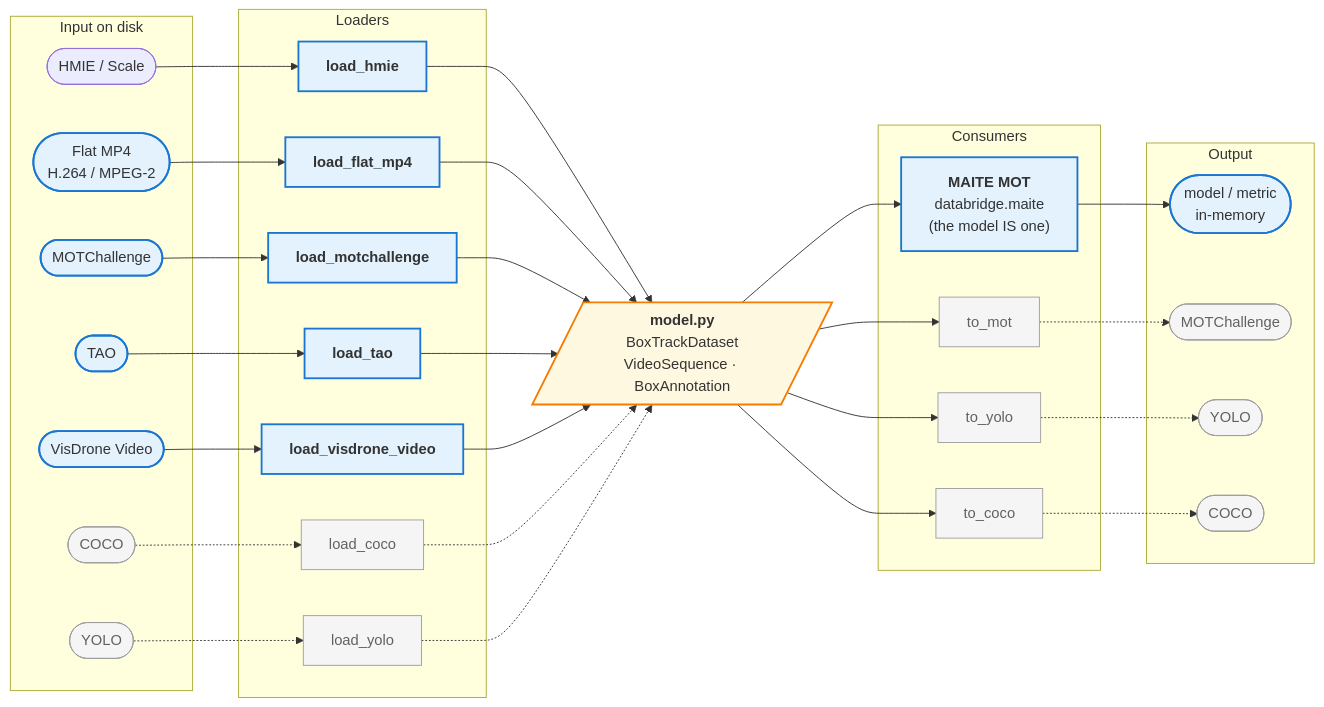
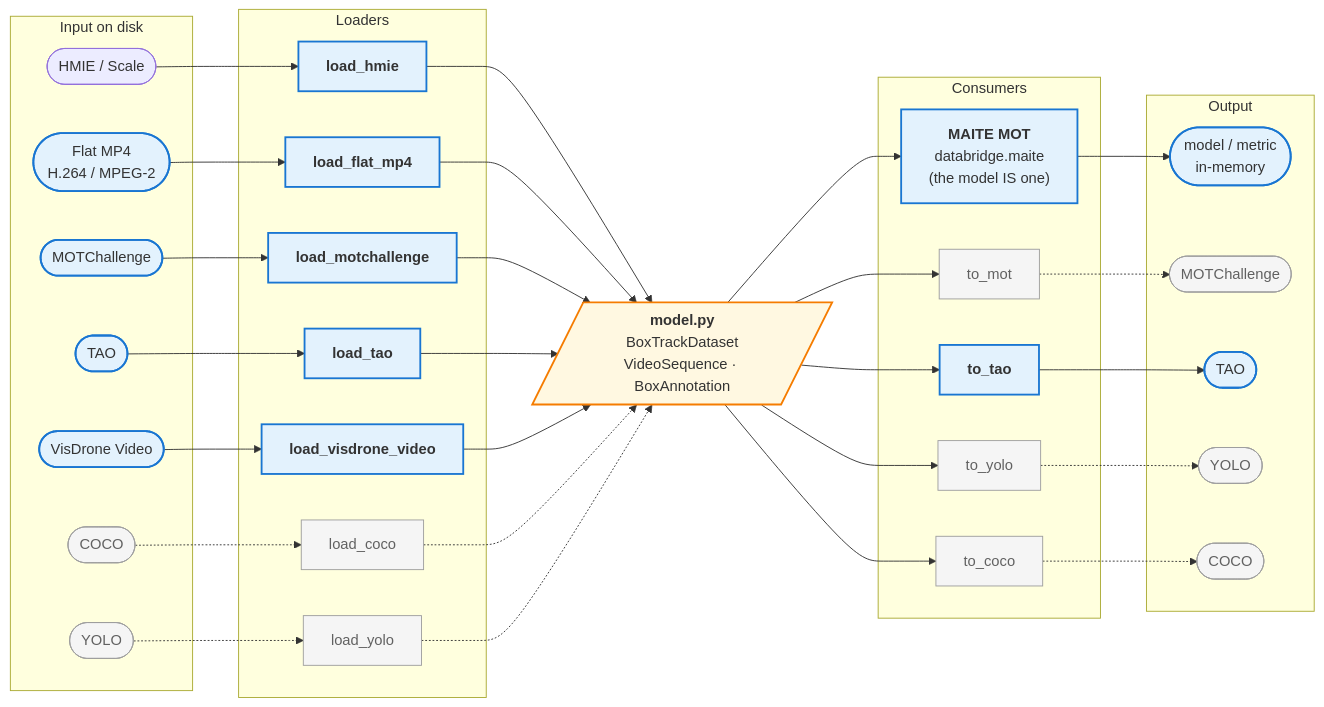
One commit to openteams-ai/datamaite changed the first of 9 diagrams in docs/architecture.md. Above: the diagram before and after it, drawn with Mermaid. The commit also changed other lines of this file and 7 other files, not shown here.

````diff
--- a/docs/architecture.md
+++ b/docs/architecture.md
@@ -29,69 +29,73 @@
 ```mermaid
 flowchart LR
     subgraph in [Input on disk]
         HMIE([HMIE / Scale])
         MP4IN([Flat MP4<br/>H.264 / MPEG-2])
         MOTIN([MOTChallenge])
         TAOIN([TAO])
         VISIN([VisDrone Video])
         COCOIN([COCO])
         YOLOIN([YOLO])
     end
 
     subgraph loaders [Loaders]
         LH["<b>load_hmie</b>"]
         LF["<b>load_flat_mp4</b>"]
         LM["<b>load_motchallenge</b>"]
         LT["<b>load_tao</b>"]
         LV["<b>load_visdrone_video</b>"]
         LC["load_coco"]
         LY["load_yolo"]
     end
 
     HUB[/"<b>model.py</b><br/>BoxTrackDataset<br/>VideoSequence · BoxAnnotation"/]
 
     subgraph consumers [Consumers]
         MAITE["<b>MAITE MOT</b><br/>databridge.maite<br/>(the model IS one)"]
         TM["to_mot"]
+        TT["<b>to_tao</b>"]
         TY["to_yolo"]
         TC["to_coco"]
     end
 
     subgraph out [Output]
         MAITEOUT([model / metric<br/>in-memory])
         MOTOUT([MOTChallenge])
+        TAOOUT([TAO])
         YOLOUT([YOLO])
         COCOUT([COCO])
     end
 
     HMIE --> LH
     MP4IN --> LF
     MOTIN --> LM
     TAOIN --> LT
     VISIN --> LV
     COCOIN -.-> LC
     YOLOIN -.-> LY
     LH --> HUB
     LF --> HUB
     LM --> HUB
     LT --> HUB
     LV --> HUB
     LC -.-> HUB
     LY -.-> HUB
     HUB --> MAITE
     HUB --> TM
+    HUB --> TT
     HUB --> TY
     HUB --> TC
     MAITE --> MAITEOUT
     TM -.-> MOTOUT
+    TT --> TAOOUT
     TY -.-> YOLOUT
     TC -.-> COCOUT
 
     classDef hub fill:#fff8e1,stroke:#f57c00,stroke-width:2px;
     classDef impl fill:#e3f2fd,stroke:#1976d2,stroke-width:2px;
     classDef planned fill:#f5f5f5,stroke:#9e9e9e,color:#616161;
     class HUB hub;
-    class LH,LF,LM,LT,LV,MAITE impl;
-    class MAITEOUT,MP4IN,MOTIN,TAOIN,VISIN impl;
+    class LH,LF,LM,LT,LV,TT,MAITE impl;
+    class MAITEOUT,MP4IN,MOTIN,TAOIN,VISIN,TAOOUT impl;
     class LC,LY,TM,TY,TC,COCOIN,YOLOIN,MOTOUT,YOLOUT,COCOUT planned;
 ```
````
